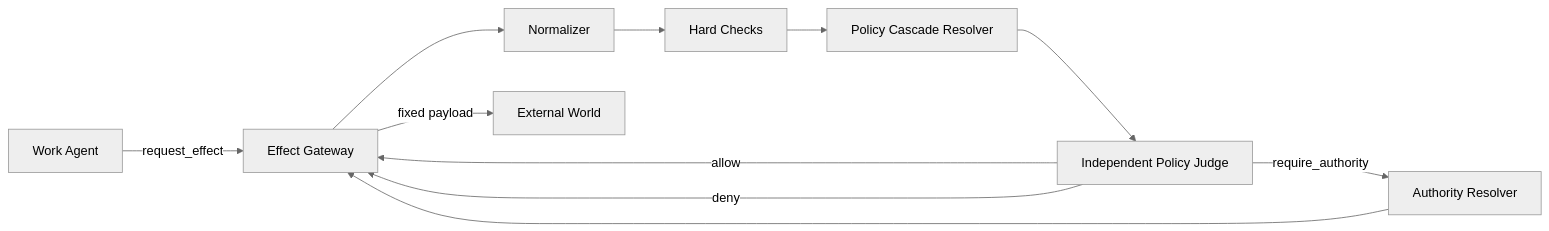
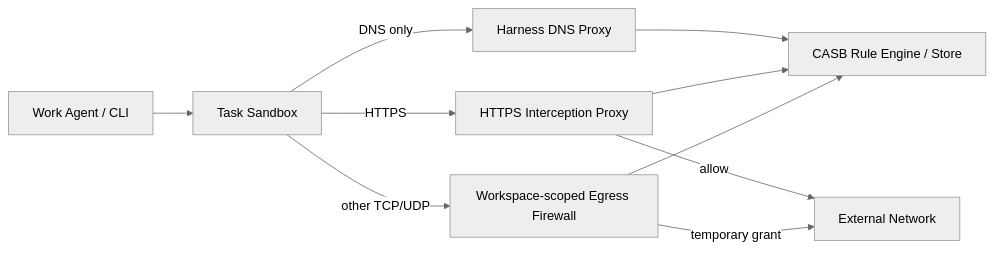
The first of 2 diagrams in docs/07-governance.md (autotaker/kakesu), drawn with Mermaid (neutral theme) before and after one commit. The commit also changed other lines of this file and 19 other files, not shown here.

Commit message:
Redesign workspace egress governance

````diff
--- a/docs/07-governance.md
+++ b/docs/07-governance.md
@@ -35,18 +58,20 @@
 ```mermaid
 flowchart LR
-    A[Work Agent]
-    G[Effect Gateway]
-    N[Normalizer]
-    H[Hard Checks]
-    C[Policy Cascade Resolver]
-    J[Independent Policy Judge]
-    R[Authority Resolver]
-    E[External World]
+    A[Work Agent / CLI]
+    S[Task Sandbox]
+    D[Harness DNS Proxy]
+    H[HTTPS Interception Proxy]
+    F[Workspace-scoped Egress Firewall]
+    P[CASB Rule Engine / Store]
+    E[External Network]
 
-    A -->|request_effect| G
-    G --> N --> H --> C --> J
-    J -->|allow| G
-    J -->|deny| G
-    J -->|require_authority| R --> G
-    G -->|fixed payload| E
+    A --> S
+    S -->|DNS only| D
+    S -->|HTTPS| H
+    S -->|other TCP/UDP| F
+    D --> P
+    H --> P
+    F --> P
+    H -->|allow| E
+    F -->|temporary grant| E
 ```
````
